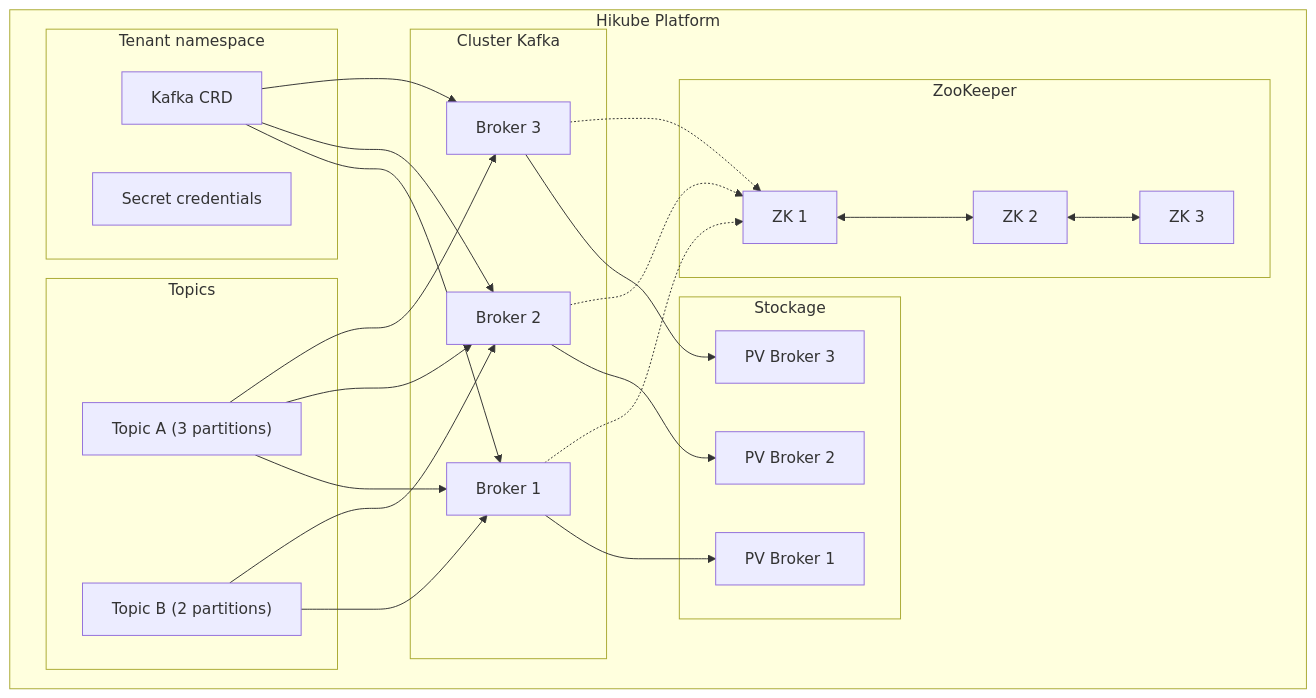
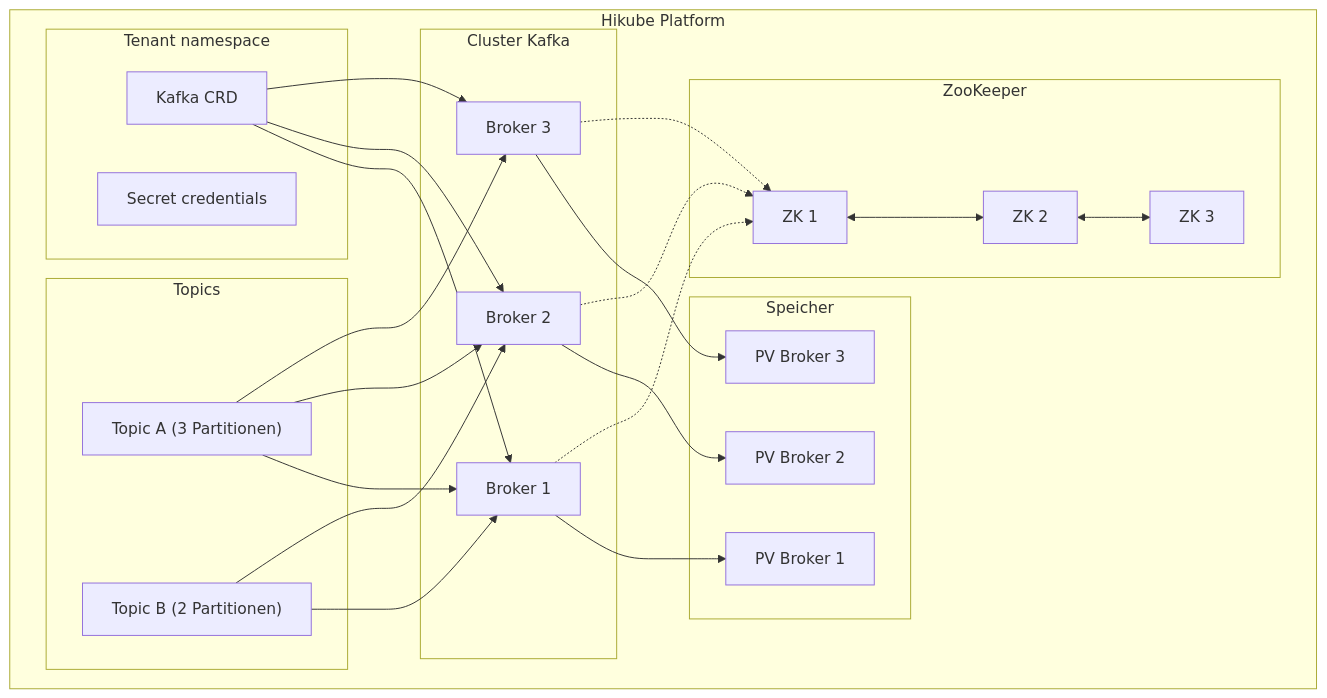
Before and after one commit to HidoraSwiss/hikube-public-doc: the first of 2 diagrams in i18n/de/docusaurus-plugin-content-docs/current/services/messaging/kafka/concepts.md, drawn with Mermaid. The commit also changed other lines of this file and 121 other files, not shown here.

````diff
--- a/i18n/de/docusaurus-plugin-content-docs/current/services/messaging/kafka/concepts.md
+++ b/i18n/de/docusaurus-plugin-content-docs/current/services/messaging/kafka/concepts.md
@@ -12,49 +12,49 @@
 ```mermaid
 graph TB
     subgraph "Hikube Platform"
         subgraph "Tenant namespace"
             CR[Kafka CRD]
             SEC[Secret credentials]
         end
 
         subgraph "Cluster Kafka"
             B1[Broker 1]
             B2[Broker 2]
             B3[Broker 3]
         end
 
         subgraph "ZooKeeper"
             Z1[ZK 1]
             Z2[ZK 2]
             Z3[ZK 3]
         end
 
         subgraph "Topics"
-            T1["Topic A (3 partitions)"]
-            T2["Topic B (2 partitions)"]
+            T1["Topic A (3 Partitionen)"]
+            T2["Topic B (2 Partitionen)"]
         end
 
-        subgraph "Stockage"
+        subgraph "Speicher"
             PV1[PV Broker 1]
             PV2[PV Broker 2]
             PV3[PV Broker 3]
         end
     end
 
     CR --> B1
     CR --> B2
     CR --> B3
     B1 --> PV1
     B2 --> PV2
     B3 --> PV3
     Z1 <--> Z2
     Z2 <--> Z3
     B1 -.-> Z1
     B2 -.-> Z1
     B3 -.-> Z1
     T1 --> B1
     T1 --> B2
     T1 --> B3
     T2 --> B1
     T2 --> B2
 ```
````
